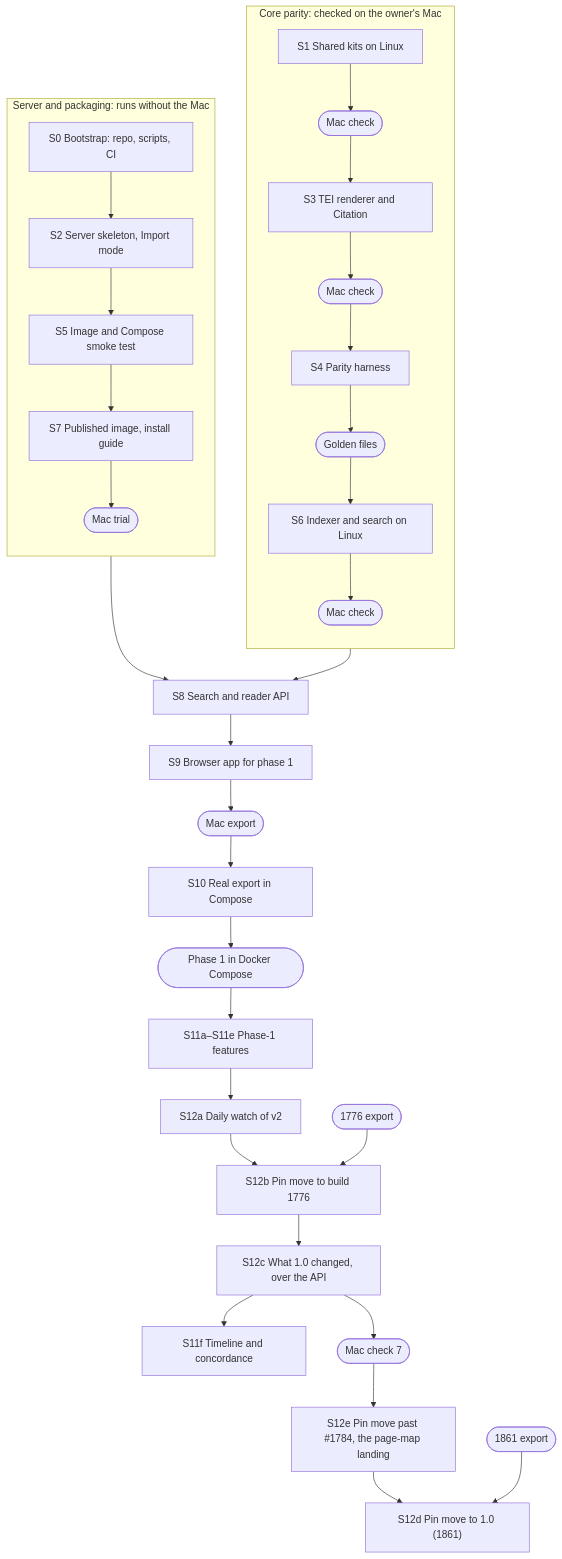
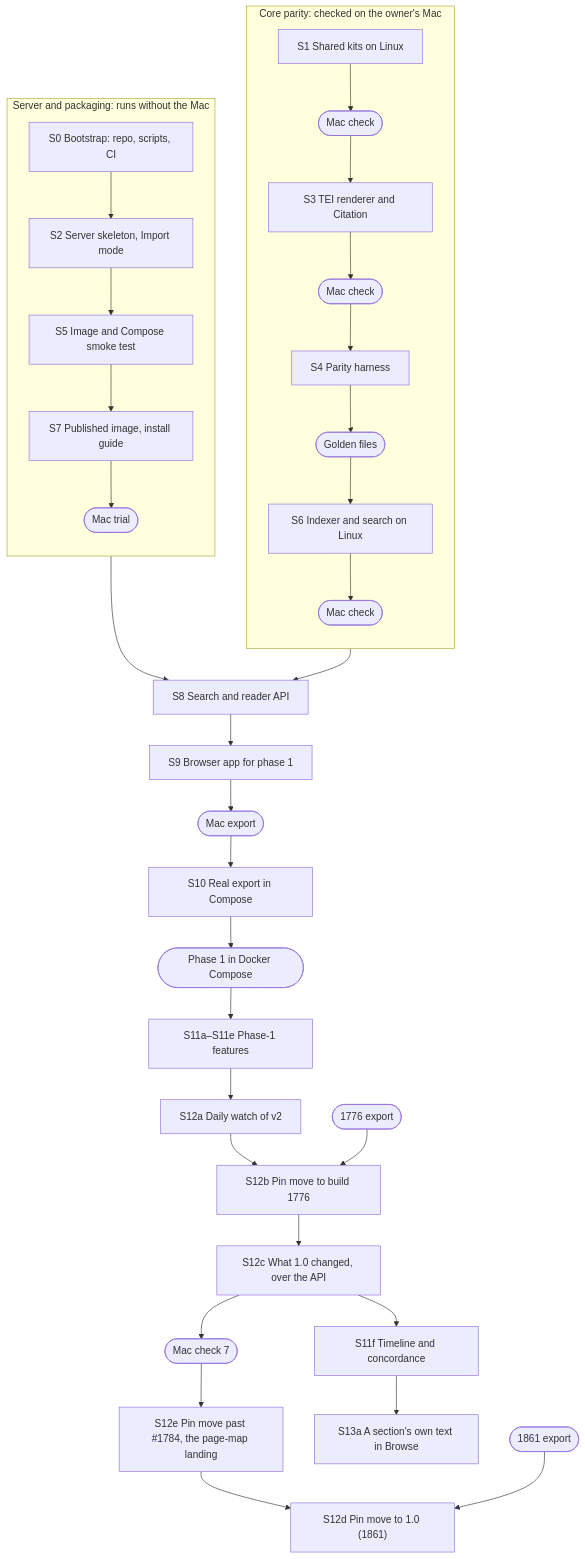
The diagram in docs/PLAN.md (joshbotts/FRUS-Explorer-Web-App), drawn with Mermaid before and after one commit. The commit also changed other lines of this file and 5 other files, not shown here.

````diff
--- a/docs/PLAN.md
+++ b/docs/PLAN.md
@@ -121,19 +121,20 @@
 ```mermaid
 flowchart TB
   subgraph core["Core parity: checked on the owner's Mac"]
     direction TB
     S1["S1 Shared kits on Linux"] --> G1(["Mac check"]) --> S3["S3 TEI renderer and Citation"] --> G2(["Mac check"]) --> S4["S4 Parity harness"] --> G3(["Golden files"]) --> S6["S6 Indexer and search on Linux"] --> G4(["Mac check"])
   end
   subgraph server["Server and packaging: runs without the Mac"]
     direction TB
     S0["S0 Bootstrap: repo, scripts, CI"] --> S2["S2 Server skeleton, Import mode"] --> S5["S5 Image and Compose smoke test"] --> S7["S7 Published image, install guide"] --> G5(["Mac trial"])
   end
   G4 --> S8["S8 Search and reader API"]
   G5 --> S8
   S8 --> S9["S9 Browser app for phase 1"] --> G6(["Mac export"]) --> S10["S10 Real export in Compose"] --> M(["Phase 1 in Docker Compose"])
   M --> S11["S11a–S11e Phase-1 features"] --> S12a["S12a Daily watch of v2"] --> S12b["S12b Pin move to build 1776"] --> S12c["S12c What 1.0 changed, over the API"] --> S11f["S11f Timeline and concordance"]
   G7(["1776 export"]) --> S12b
   S12c --> G9(["Mac check 7"]) --> S12e["S12e Pin move past #1784, the page-map landing"]
   S12e --> S12d["S12d Pin move to 1.0 (1861)"]
+  S11f --> S13a["S13a A section's own text in Browse"]
   G8(["1861 export"]) --> S12d
 ```
````
